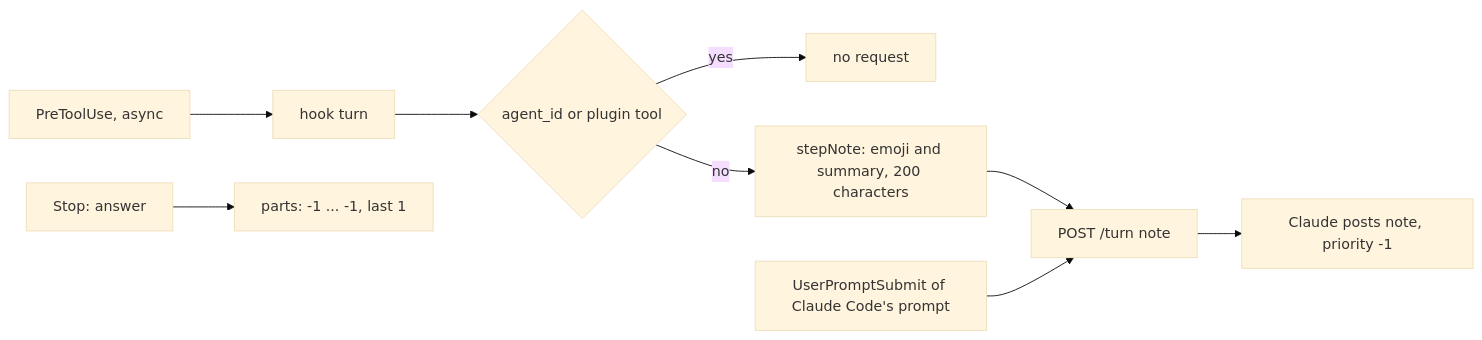
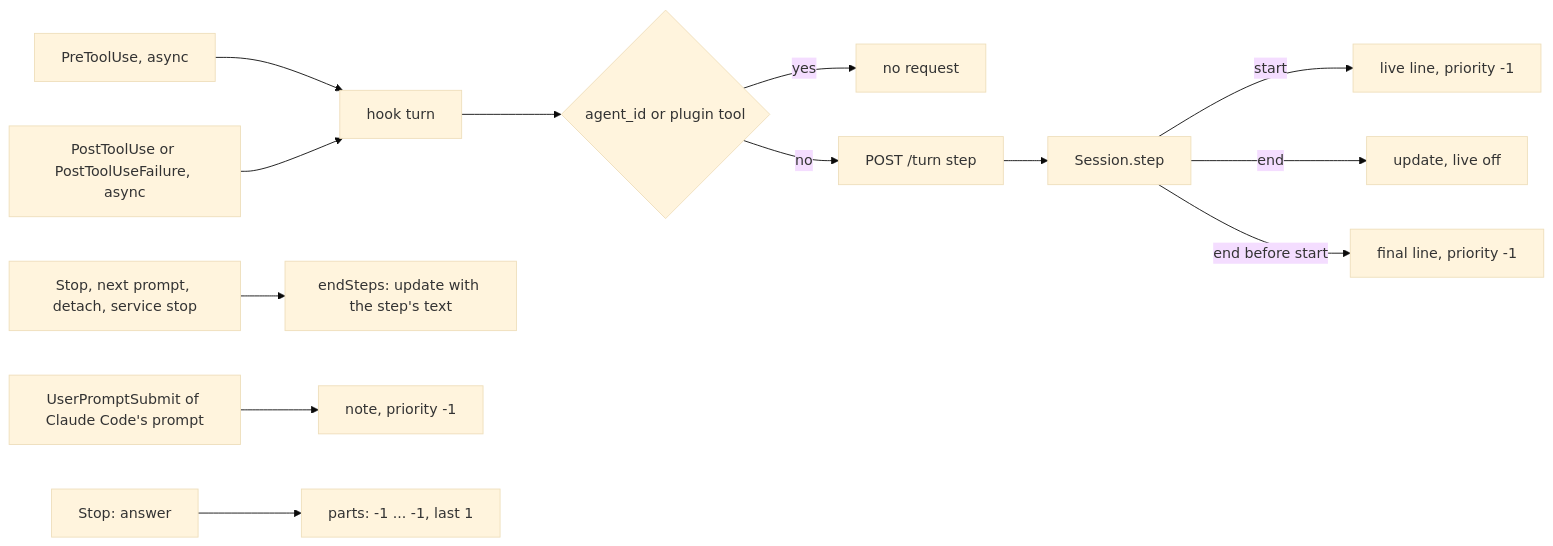
Before and after one commit to simplex-chat/simplex-chat: the third of 3 diagrams in plans/2026-11-12-mcp-activity.md, drawn with Mermaid (base theme). The commit also changed other lines of this file, not shown here.

Commit message:
plan: mcp-activity answers and live step lines

````diff
--- a/plans/2026-11-12-mcp-activity.md
+++ b/plans/2026-11-12-mcp-activity.md
@@ -124,11 +230,15 @@
 ```mermaid
 flowchart LR
   P[PreToolUse, async] --> H[hook turn]
+  E[PostToolUse or PostToolUseFailure, async] --> H
   H --> F{agent_id or plugin tool}
   F -- yes --> X[no request]
-  F -- no --> L[stepNote: emoji and summary, 200 characters]
-  L --> T[POST /turn note]
-  N[UserPromptSubmit of Claude Code's prompt] --> T
-  T --> C[Claude posts note, priority -1]
-  S[Stop: answer] --> A[parts: -1 ... -1, last 1]
+  F -- no --> T[POST /turn step]
+  T --> S[Session.step]
+  S -- start --> L[live line, priority -1]
+  S -- end --> U[update, live off]
+  S -- end before start --> M[final line, priority -1]
+  Z[Stop, next prompt, detach, service stop] --> W[endSteps: update with the step's text]
+  N[UserPromptSubmit of Claude Code's prompt] --> C[note, priority -1]
+  Q[Stop: answer] --> R[parts: -1 ... -1, last 1]
 ```
````
